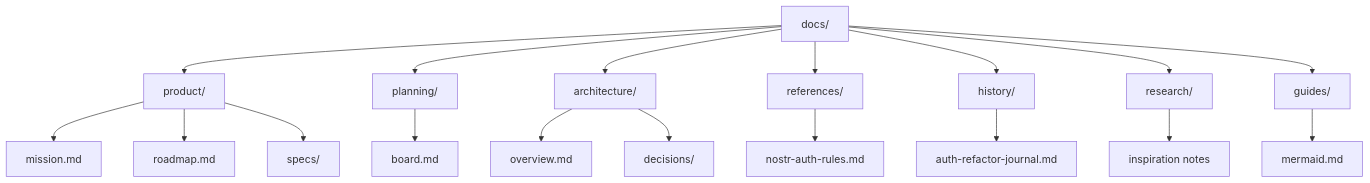
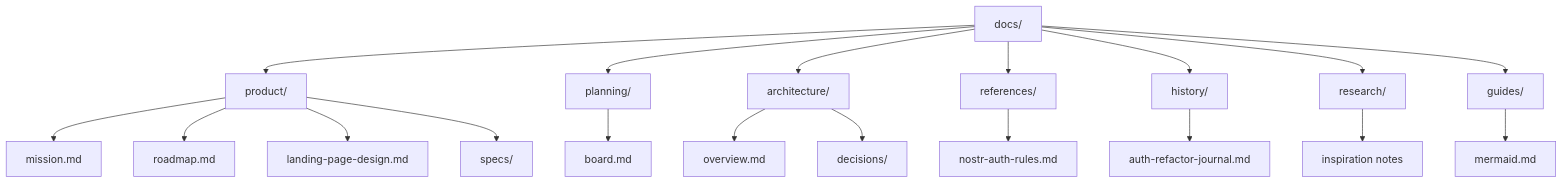
The diagram in docs/README.md (maxiim3/nostr-tools-ng-app), drawn with Mermaid before and after one commit. The commit also changed other lines of this file and 8 other files, not shown here.

Commit message:
feat: add root landing page

````diff
--- a/docs/README.md
+++ b/docs/README.md
@@ -31,21 +32,22 @@
 ```mermaid
 flowchart TD
   Docs[docs/] --> Product[product/]
   Docs --> Planning[planning/]
   Docs --> Architecture[architecture/]
   Docs --> References[references/]
   Docs --> History[history/]
   Docs --> Research[research/]
   Docs --> Guides[guides/]
 
   Product --> Mission[mission.md]
   Product --> Roadmap[roadmap.md]
+  Product --> LandingDesign[landing-page-design.md]
   Product --> Specs[specs/]
   Planning --> Board[board.md]
   Architecture --> Overview[overview.md]
   Architecture --> Decisions[decisions/]
   References --> Rules[nostr-auth-rules.md]
   History --> Journal[auth-refactor-journal.md]
   Research --> Inputs[inspiration notes]
   Guides --> Mermaid[mermaid.md]
 ```
````
